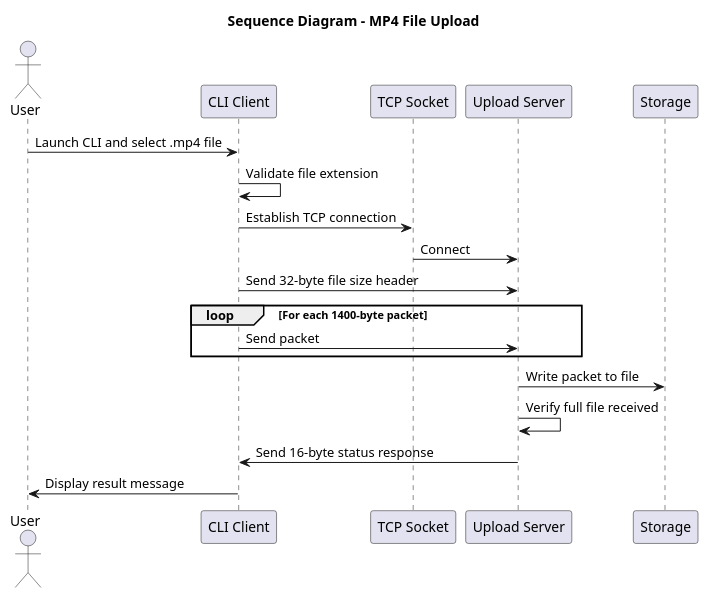
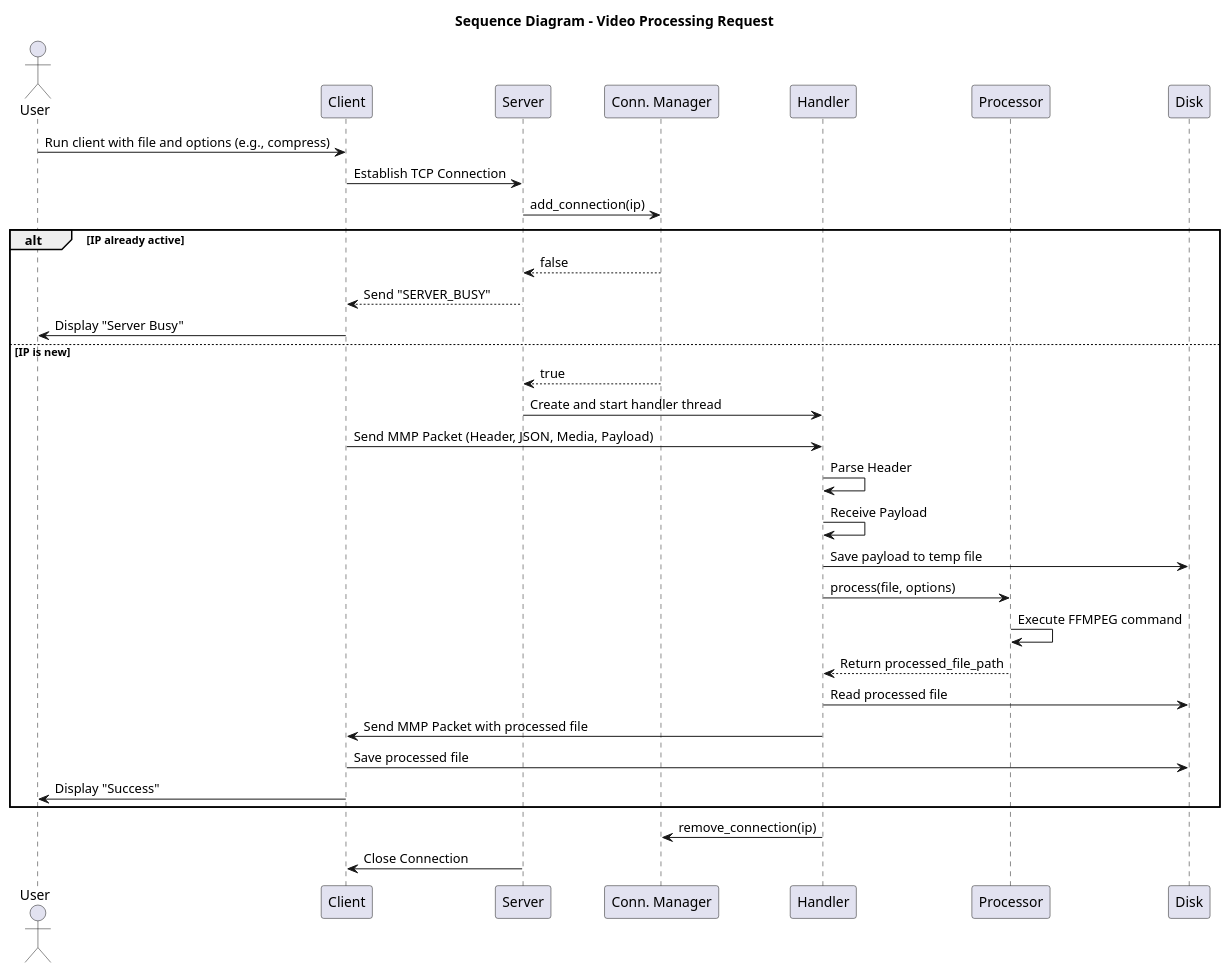
The diagram in diagrams/sequence.pu (ksk-aiko/VideoCompressorService), drawn with PlantUML before and after one commit. The commit also changed 5 other files, not shown here.

Commit message:
Update diagrams for Video Compressor Service: refine activity, class, component, sequence, and use case diagrams to reflect new processing flow and architecture changes.

```diff
--- a/diagrams/sequence.pu
+++ b/diagrams/sequence.pu
@@ -1,27 +1,43 @@
 @startuml
-title Sequence Diagram - MP4 File Upload
+title Sequence Diagram - Video Processing Request
 
 actor User
-participant CLIClient as "CLI Client"
-participant TCPSocket as "TCP Socket"
-participant Server as "Upload Server"
-participant Disk as "Storage"
+participant Client
+participant Server
+participant ConnectionManager as "Conn. Manager"
+participant RequestHandler as "Handler"
+participant VideoProcessor as "Processor"
+participant Disk
 
-User -> CLIClient: Launch CLI and select .mp4 file
-CLIClient -> CLIClient: Validate file extension
-CLIClient -> TCPSocket: Establish TCP connection
-TCPSocket -> Server: Connect
+User -> Client: Run client with file and options (e.g., compress)
+Client -> Server: Establish TCP Connection
 
-CLIClient -> Server: Send 32-byte file size header
-loop For each 1400-byte packet
-    CLIClient -> Server: Send packet
+Server -> ConnectionManager: add_connection(ip)
+alt IP already active
+    ConnectionManager --> Server: false
+    Server --> Client: Send "SERVER_BUSY"
+    Client -> User: Display "Server Busy"
+else IP is new
+    ConnectionManager --> Server: true
+    Server -> RequestHandler: Create and start handler thread
+
+    Client -> RequestHandler: Send MMP Packet (Header, JSON, Media, Payload)
+    RequestHandler -> RequestHandler: Parse Header
+    RequestHandler -> RequestHandler: Receive Payload
+    RequestHandler -> Disk: Save payload to temp file
+
+    RequestHandler -> VideoProcessor: process(file, options)
+    VideoProcessor -> VideoProcessor: Execute FFMPEG command
+    VideoProcessor --> RequestHandler: Return processed_file_path
+
+    RequestHandler -> Disk: Read processed file
+    RequestHandler -> Client: Send MMP Packet with processed file
+
+    Client -> Disk: Save processed file
+    Client -> User: Display "Success"
 end
 
-Server -> Disk: Write packet to file
-
-Server -> Server: Verify full file received
-Server -> CLIClient: Send 16-byte status response
-
-CLIClient -> User: Display result message
+RequestHandler -> ConnectionManager: remove_connection(ip)
+Server -> Client: Close Connection
 
 @enduml
```
